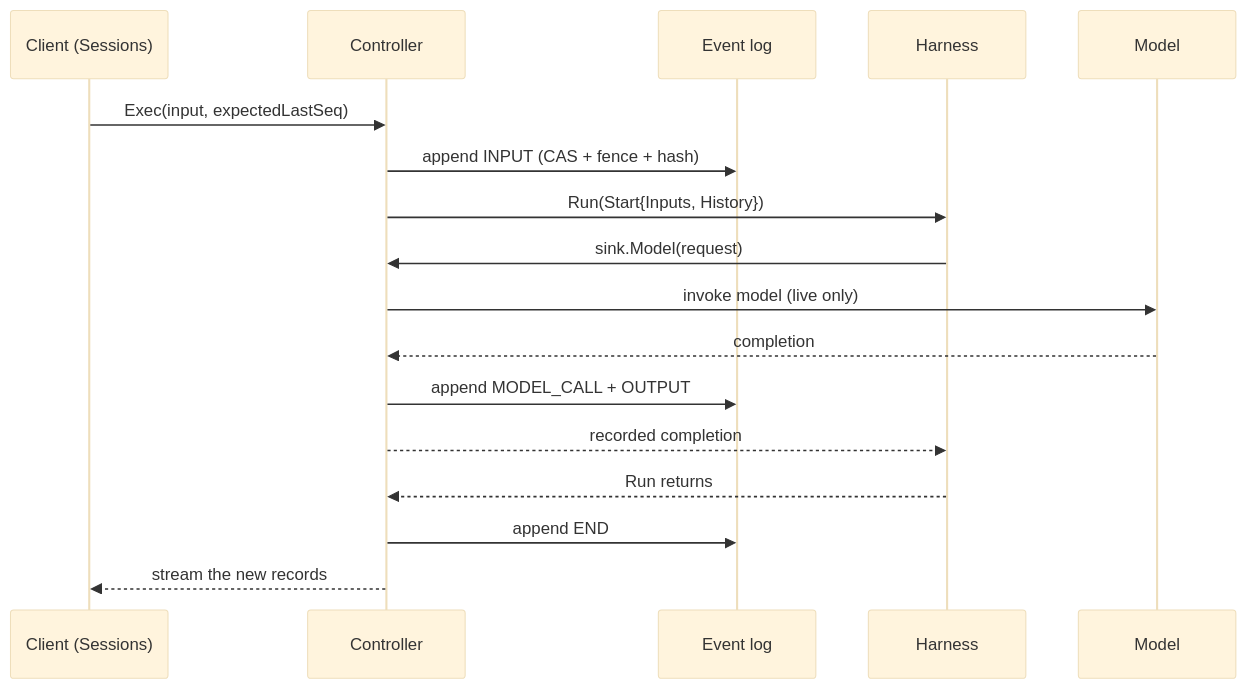
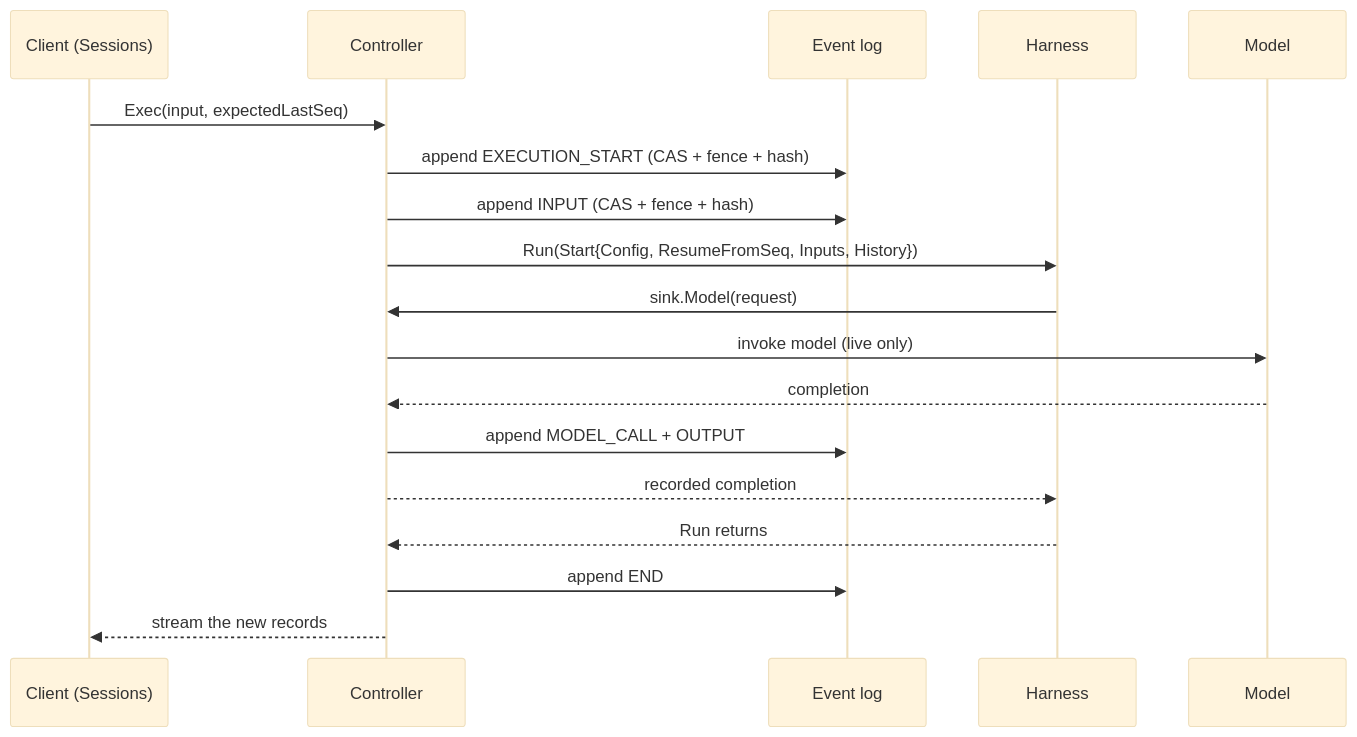
One commit to aramase/agentsessions changed the second of 2 diagrams in docs/concepts.md. Above: the diagram before and after it, drawn with Mermaid (base theme). The commit also changed other lines of this file and 31 other files, not shown here.

First line of the commit message:
fix(controller): keep each execution's config for replay and resume (#76)

````diff
--- a/docs/concepts.md
+++ b/docs/concepts.md
@@ -198,20 +239,21 @@
 ```mermaid
 sequenceDiagram
   participant C as Client (Sessions)
   participant Ctrl as Controller
   participant Log as Event log
   participant H as Harness
   participant M as Model
 
   C->>Ctrl: Exec(input, expectedLastSeq)
+  Ctrl->>Log: append EXECUTION_START (CAS + fence + hash)
   Ctrl->>Log: append INPUT (CAS + fence + hash)
-  Ctrl->>H: Run(Start{Inputs, History})
+  Ctrl->>H: Run(Start{Config, ResumeFromSeq, Inputs, History})
   H->>Ctrl: sink.Model(request)
   Ctrl->>M: invoke model (live only)
   M-->>Ctrl: completion
   Ctrl->>Log: append MODEL_CALL + OUTPUT
   Ctrl-->>H: recorded completion
   H-->>Ctrl: Run returns
   Ctrl->>Log: append END
   Ctrl-->>C: stream the new records
 ```
````
